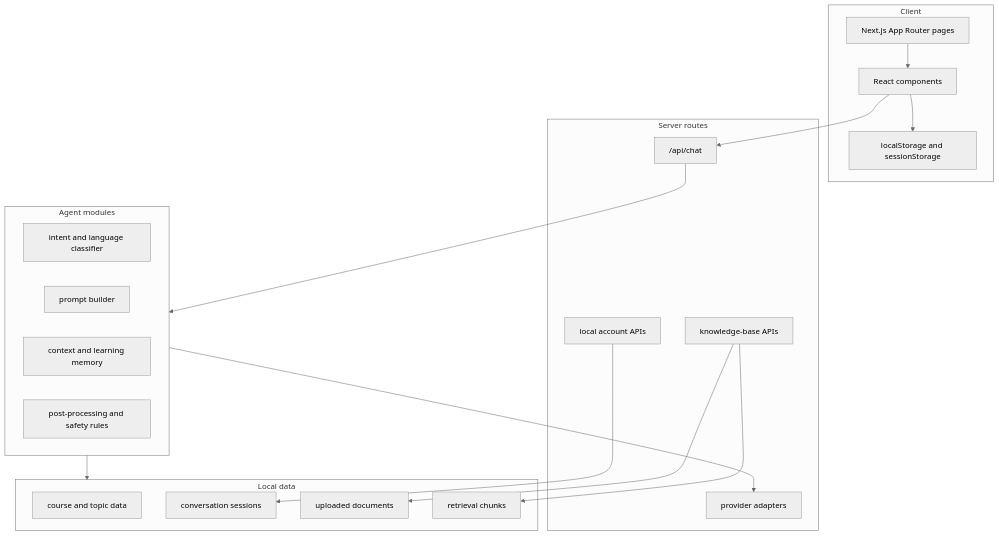
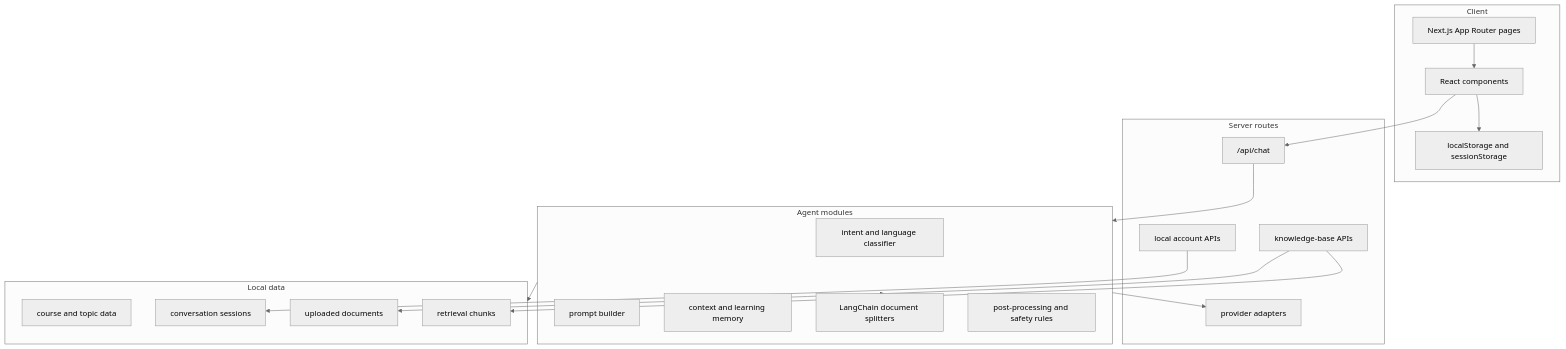
The fourth of 5 diagrams in README.md (lizr-phys/physics-learning-agent), drawn with Mermaid (neutral theme) before and after one commit. The commit also changed other lines of this file and 7 other files, not shown here.

Commit message:
Add LangChain document retrieval foundation

````diff
--- a/README.md
+++ b/README.md
@@ -191,39 +193,41 @@
 ```mermaid
 flowchart TB
   subgraph Client["Client"]
     Pages["Next.js App Router pages"]
     Components["React components"]
     LocalState["localStorage and sessionStorage"]
   end
 
   subgraph Server["Server routes"]
     ChatAPI["/api/chat"]
     ProviderAPI["provider adapters"]
     KBAPI["knowledge-base APIs"]
     AuthAPI["local account APIs"]
   end
 
   subgraph Agent["Agent modules"]
     Classifier["intent and language classifier"]
     PromptBuilder["prompt builder"]
     Memory["context and learning memory"]
+    LC["LangChain document splitters"]
     PostProcess["post-processing and safety rules"]
   end
 
   subgraph Data["Local data"]
     Courses["course and topic data"]
     Sessions["conversation sessions"]
     Docs["uploaded documents"]
     Chunks["retrieval chunks"]
   end
 
   Pages --> Components
   Components --> LocalState
   Components --> ChatAPI
   ChatAPI --> Agent
   Agent --> ProviderAPI
   Agent --> Data
+  Agent --> LC
   KBAPI --> Docs
   KBAPI --> Chunks
   AuthAPI --> Sessions
 ```
````
